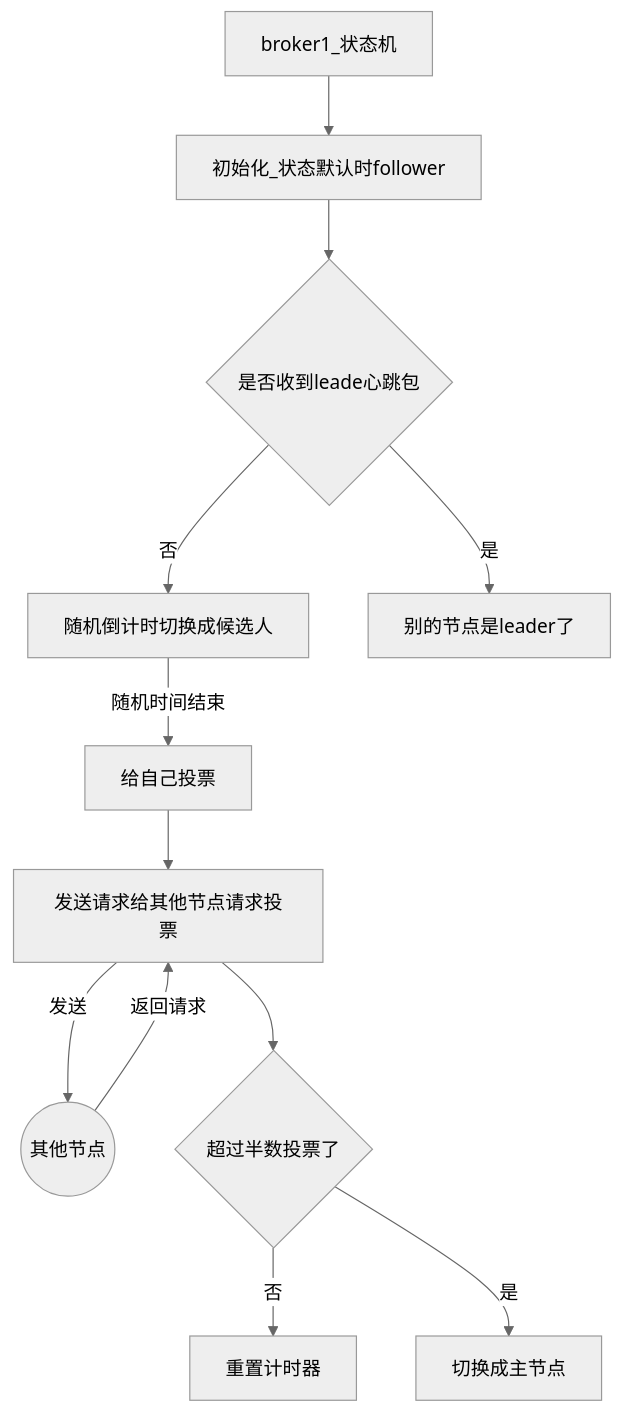
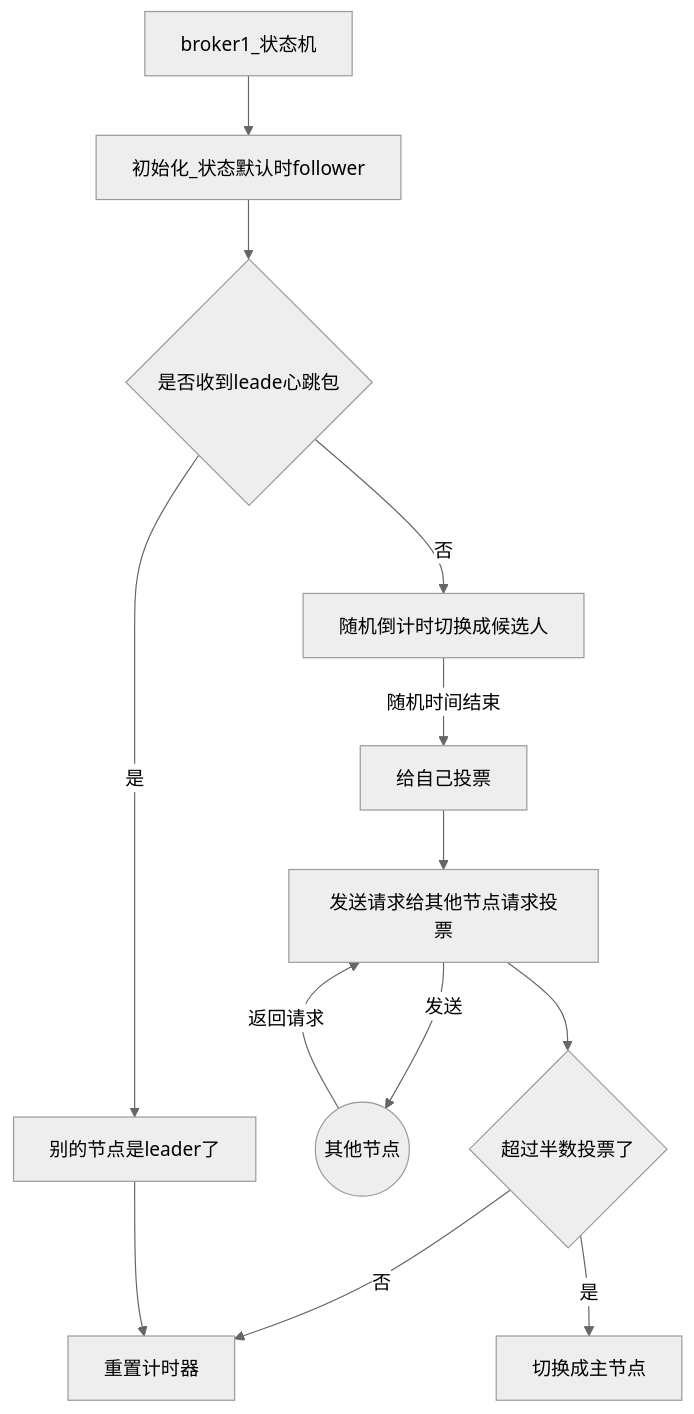
The diagram in rocketmq理解/T_20220416_ 主从.md (xiaomingxian/help-doc), drawn with Mermaid (neutral theme) before and after one commit. The commit also changed other lines of this file, not shown here.

````diff
--- a/rocketmq理解/T_20220416_ 主从.md
+++ b/rocketmq理解/T_20220416_ 主从.md
@@ -19,13 +20,14 @@
 ```mermaid
 graph TD;
 a[broker1_状态机]-->b[初始化_状态默认时follower]
 b-->c{是否收到leade心跳包}
 c--否-->d[随机倒计时切换成候选人]
 c--是-->e[别的节点是leader了]
 d--随机时间结束-->ee[给自己投票]-->to[发送请求给其他节点请求投票]
 to--发送-->ob((其他节点))
 ob--返回请求-->to
 to-->moreThanHarf{超过半数投票了}
 moreThanHarf--否-->resTime[重置计时器]
 moreThanHarf--是-->beL[切换成主节点]
+e-->resTime
 ```
````
